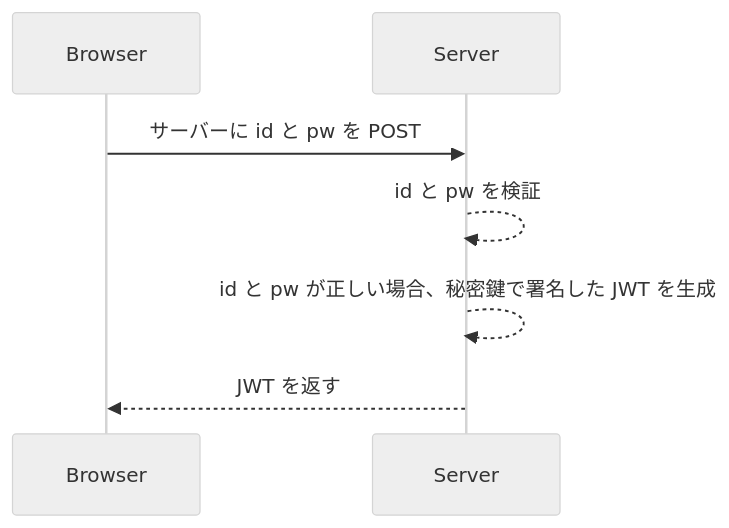
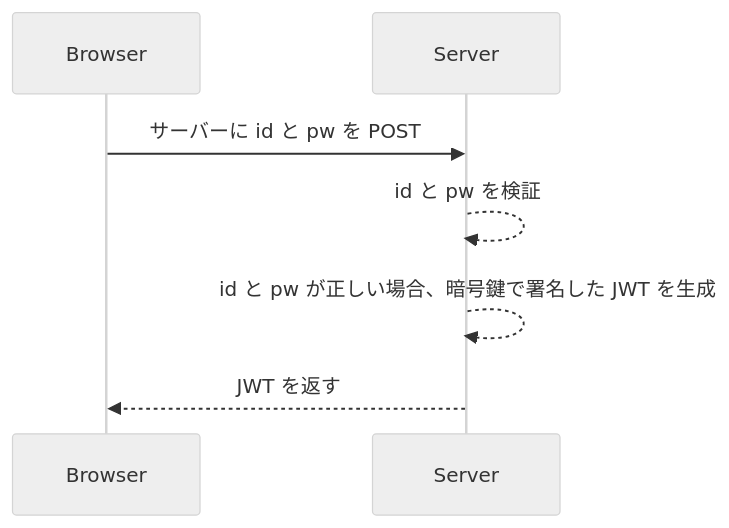
The sixth of 6 diagrams in docs/auth/authentication_and_authorization.md (Seika139/dotfiles), drawn with Mermaid (neutral theme) before and after one commit. The commit also changed other lines of this file, not shown here.

````diff
--- a/docs/auth/authentication_and_authorization.md
+++ b/docs/auth/authentication_and_authorization.md
@@ -64,11 +443,11 @@
 ```mermaid
 sequenceDiagram
 
 participant B as Browser
 participant S as Server
 
 B->>S: サーバーに id と pw を POST
 S-->>S: id と pw を検証
-S-->>S: id と pw が正しい場合、秘密鍵で署名した JWT を生成
+S-->>S: id と pw が正しい場合、暗号鍵で署名した JWT を生成
 S-->>B: JWT を返す
 ```
````
